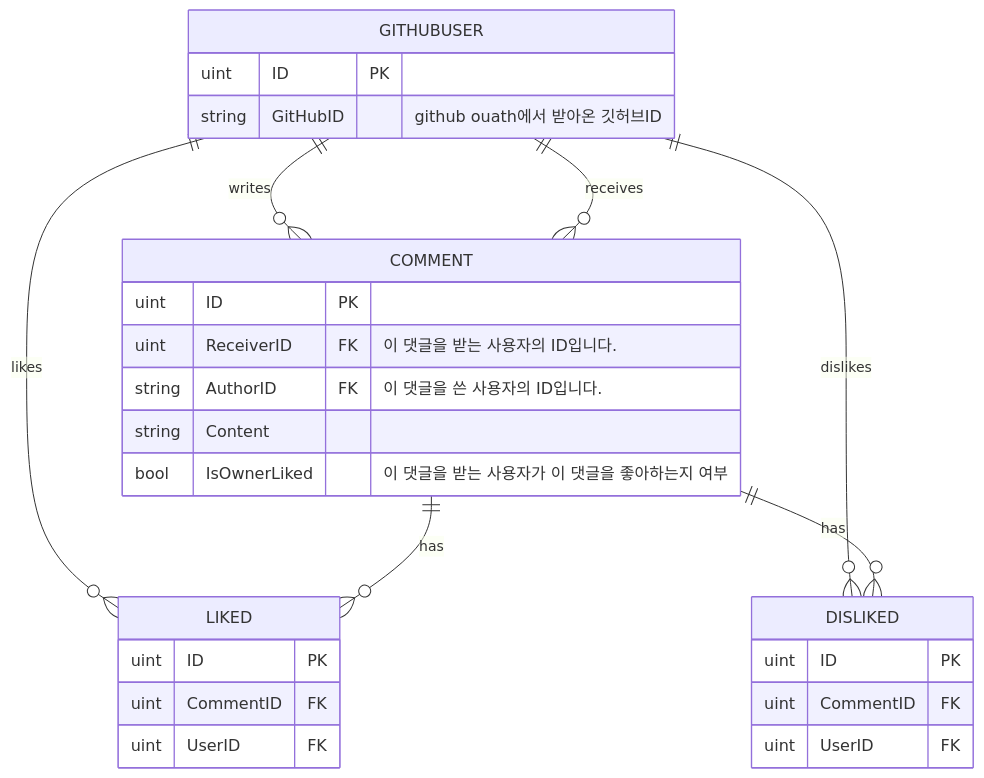
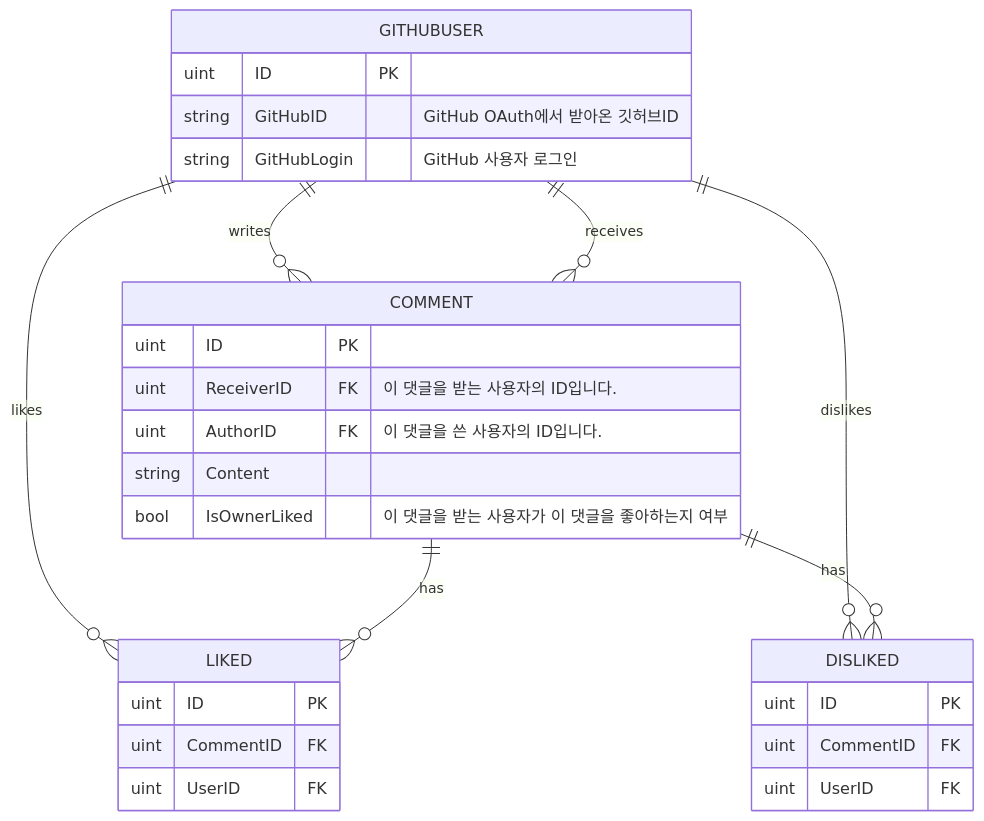
Before and after one commit to in-jun/github-profile-guestbook: the diagram in README.md, drawn with Mermaid. The commit also changed 1 other file, not shown here.

Commit message:
refactor: 댓글 모델 필드 업데이트

````diff
--- a/README.md
+++ b/README.md
@@ -51,34 +51,35 @@
 ```mermaid
 erDiagram
     GITHUBUSER {
         uint ID PK
-        string GitHubID "github ouath에서 받아온 깃허브ID"
+        string GitHubID "GitHub OAuth에서 받아온 깃허브ID"
+        string GitHubLogin "GitHub 사용자 로그인"
     }
 
     COMMENT {
         uint ID PK
         uint ReceiverID FK "이 댓글을 받는 사용자의 ID입니다."
-        string AuthorID FK "이 댓글을 쓴 사용자의 ID입니다."
+        uint AuthorID FK "이 댓글을 쓴 사용자의 ID입니다."
         string Content
         bool IsOwnerLiked "이 댓글을 받는 사용자가 이 댓글을 좋아하는지 여부"
     }
 
     LIKED {
         uint ID PK
         uint CommentID FK
         uint UserID FK
     }
 
     DISLIKED {
         uint ID PK
         uint CommentID FK
         uint UserID FK
     }
 
     GITHUBUSER ||--o{ COMMENT : "writes"
     GITHUBUSER ||--o{ COMMENT : "receives"
     GITHUBUSER ||--o{ LIKED : "likes"
     GITHUBUSER ||--o{ DISLIKED : "dislikes"
     COMMENT ||--o{ LIKED : "has"
     COMMENT ||--o{ DISLIKED : "has"
 ```
````
